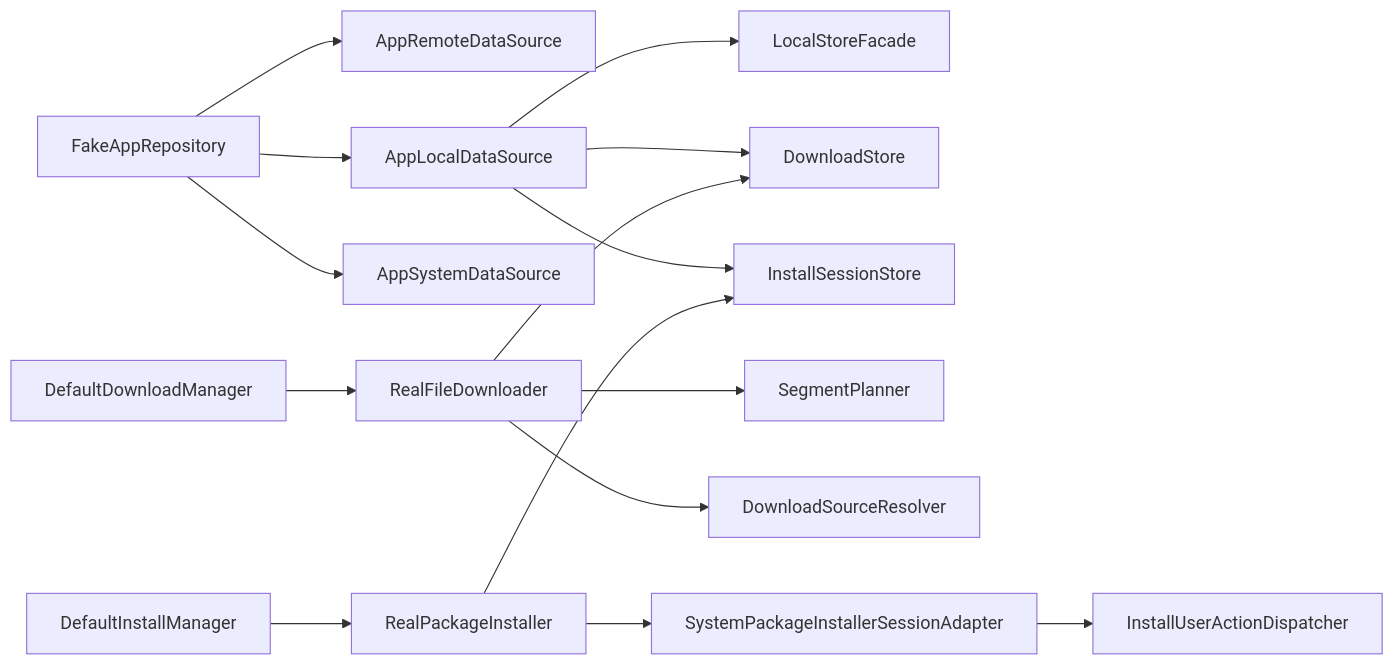
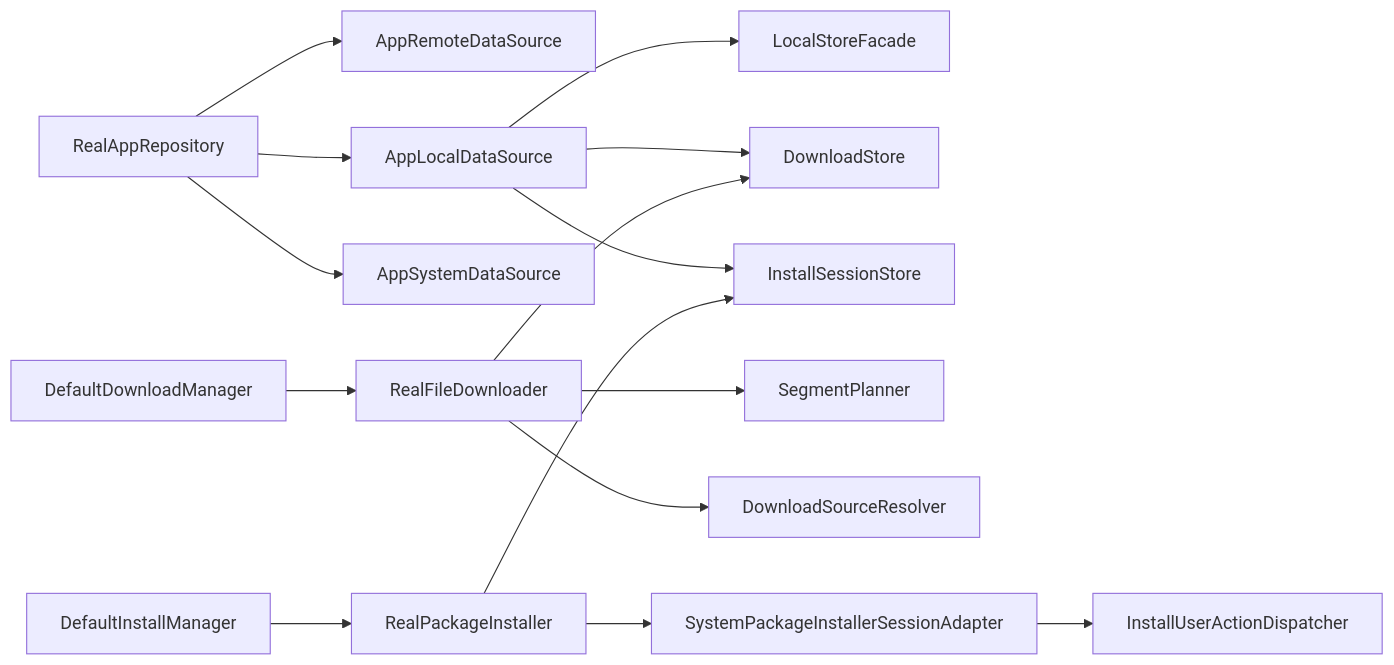
Before and after one commit to XZQ/CarAppStore: the third of 4 diagrams in docs/04-类图与关系图.md, drawn with Mermaid. The commit also changed other lines of this file and 20 other files, not shown here.

````diff
--- a/docs/04-类图与关系图.md
+++ b/docs/04-类图与关系图.md
@@ -122,20 +122,20 @@
 ```mermaid
 flowchart LR
-    REPO[FakeAppRepository] --> REMOTE[AppRemoteDataSource]
+    REPO[RealAppRepository] --> REMOTE[AppRemoteDataSource]
     REPO --> LOCAL[AppLocalDataSource]
     REPO --> SYSTEM[AppSystemDataSource]
 
     LOCAL --> STORE[LocalStoreFacade]
     LOCAL --> DSTORE[DownloadStore]
     LOCAL --> ISTORE[InstallSessionStore]
 
     DM[DefaultDownloadManager] --> FD[RealFileDownloader]
     FD --> SEG[SegmentPlanner]
     FD --> SRC[DownloadSourceResolver]
     FD --> DSTORE
 
     IM[DefaultInstallManager] --> PI[RealPackageInstaller]
     PI --> ADAPTER[SystemPackageInstallerSessionAdapter]
     PI --> ISTORE
     ADAPTER --> DISPATCHER[InstallUserActionDispatcher]
 ```
````
